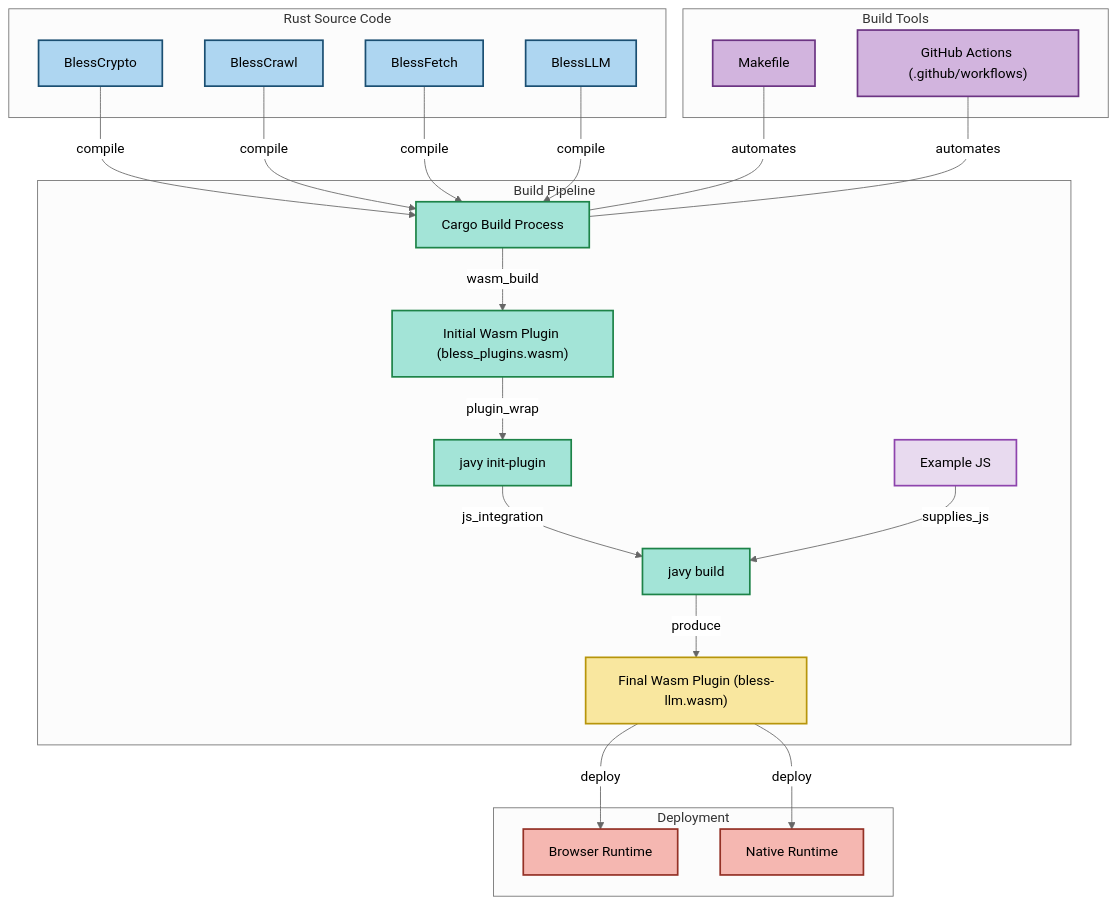
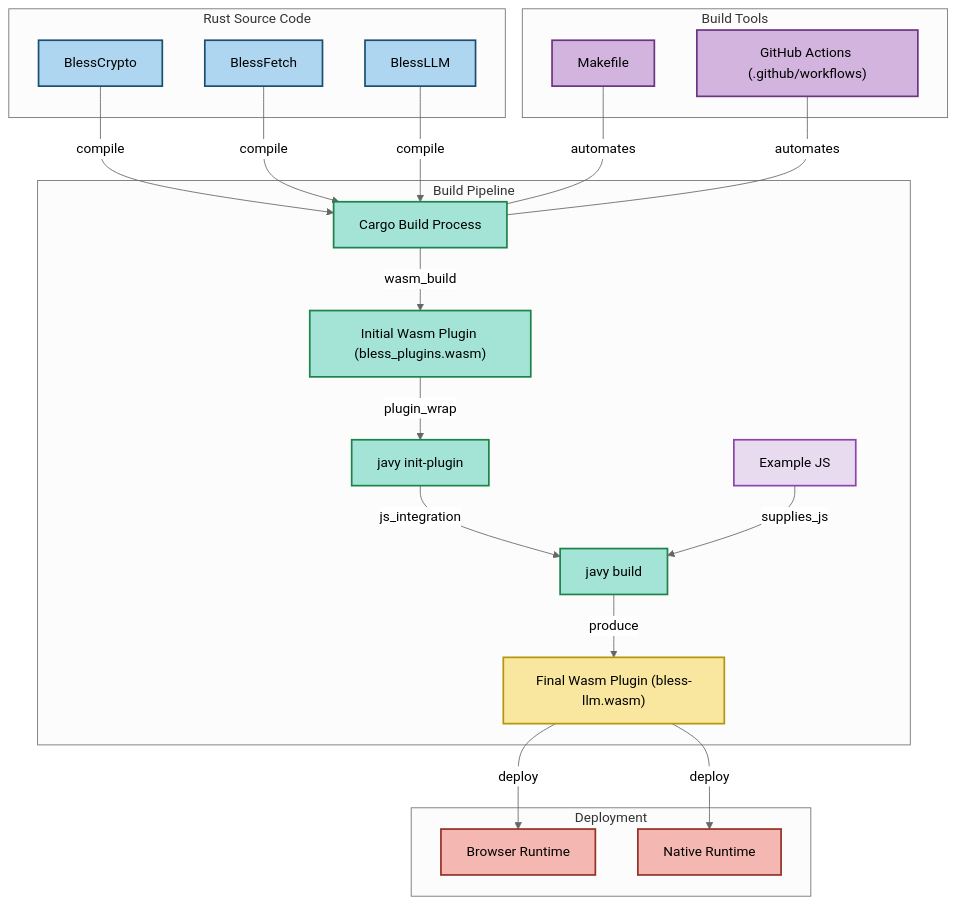
The diagram in README.md (blessnetwork/javy-bless-plugins), drawn with Mermaid (neutral theme) before and after one commit. The commit also changed other lines of this file, not shown here.

Commit message:
readme upd

````diff
--- a/README.md
+++ b/README.md
@@ -16,67 +15,64 @@
 ```mermaid
 flowchart TD
     subgraph "Rust Source Code"
         BC["BlessCrypto"]:::source
-        BCR["BlessCrawl"]:::source
         BF["BlessFetch"]:::source
         BL["BlessLLM"]:::source
     end
 
     subgraph "Build Pipeline"
         CBP["Cargo Build Process"]:::build
         IWP["Initial Wasm Plugin (bless_plugins.wasm)"]:::build
         JI["javy init-plugin"]:::build
         JB["javy build"]:::build
         FWP["Final Wasm Plugin (bless-llm.wasm)"]:::output
         EJS["Example JS"]:::js
     end
 
     subgraph "Deployment"
         BROWSER["Browser Runtime"]:::deploy
         NATIVE["Native Runtime"]:::deploy
     end
 
     subgraph "Build Tools"
         MF["Makefile"]:::automation
         GHA["GitHub Actions (.github/workflows)"]:::automation
     end
 
     %% Connections: Rust Modules to Build Pipeline
     BC -->|"compile"| CBP
-    BCR -->|"compile"| CBP
     BF -->|"compile"| CBP
     BL -->|"compile"| CBP
 
     %% Build Pipeline Flow
     CBP -->|"wasm_build"| IWP
     IWP -->|"plugin_wrap"| JI
     JI -->|"js_integration"| JB
     EJS -->|"supplies_js"| JB
     JB -->|"produce"| FWP
 
     %% Deployment Connections
     FWP -->|"deploy"| BROWSER
     FWP -->|"deploy"| NATIVE
 
     %% Build Tools Automating Build Process
     MF ---|"automates"| CBP
     GHA ---|"automates"| CBP
 
     %% Click Events
     click BC "https://github.com/blessnetwork/javy-bless-plugins/tree/main/src/crypto"
-    click BCR "https://github.com/blessnetwork/javy-bless-plugins/tree/main/src/crawl"
     click BF "https://github.com/blessnetwork/javy-bless-plugins/tree/main/src/fetch"
     click BL "https://github.com/blessnetwork/javy-bless-plugins/tree/main/src/llm"
     click EJS "https://github.com/blessnetwork/javy-bless-plugins/blob/main/examples/llm.js"
     click CBP "https://github.com/blessnetwork/javy-bless-plugins/blob/main/Cargo.toml"
     click MF "https://github.com/blessnetwork/javy-bless-plugins/tree/main/Makefile"
     click GHA "https://github.com/blessnetwork/javy-bless-plugins/tree/main/.github/workflows"
 
     %% Styles
     classDef source fill:#AED6F1,stroke:#1B4F72,stroke-width:2px;
     classDef build fill:#A3E4D7,stroke:#1D8348,stroke-width:2px;
     classDef output fill:#F9E79F,stroke:#B7950B,stroke-width:2px;
     classDef deploy fill:#F5B7B1,stroke:#943126,stroke-width:2px;
     classDef automation fill:#D2B4DE,stroke:#6C3483,stroke-width:2px;
     classDef js fill:#E8DAEF,stroke:#8E44AD,stroke-width:2px;
 ```
````
